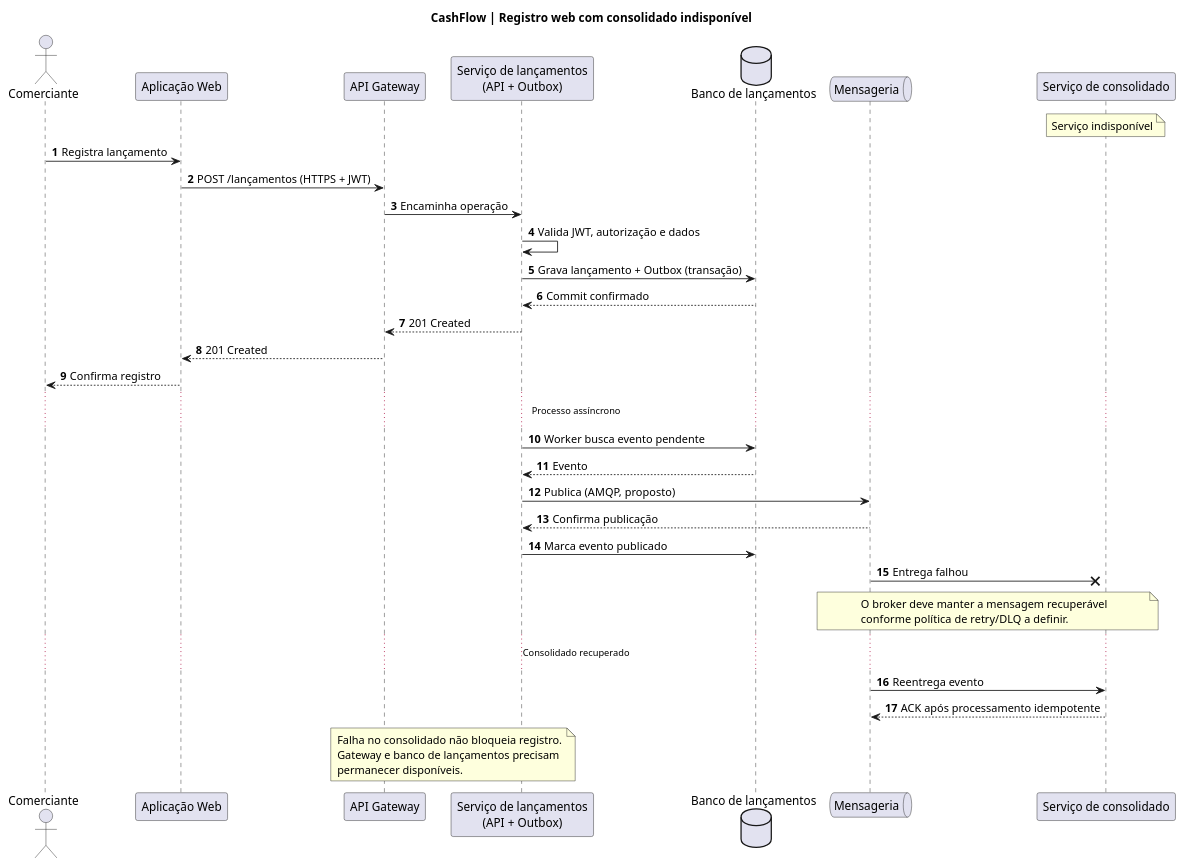
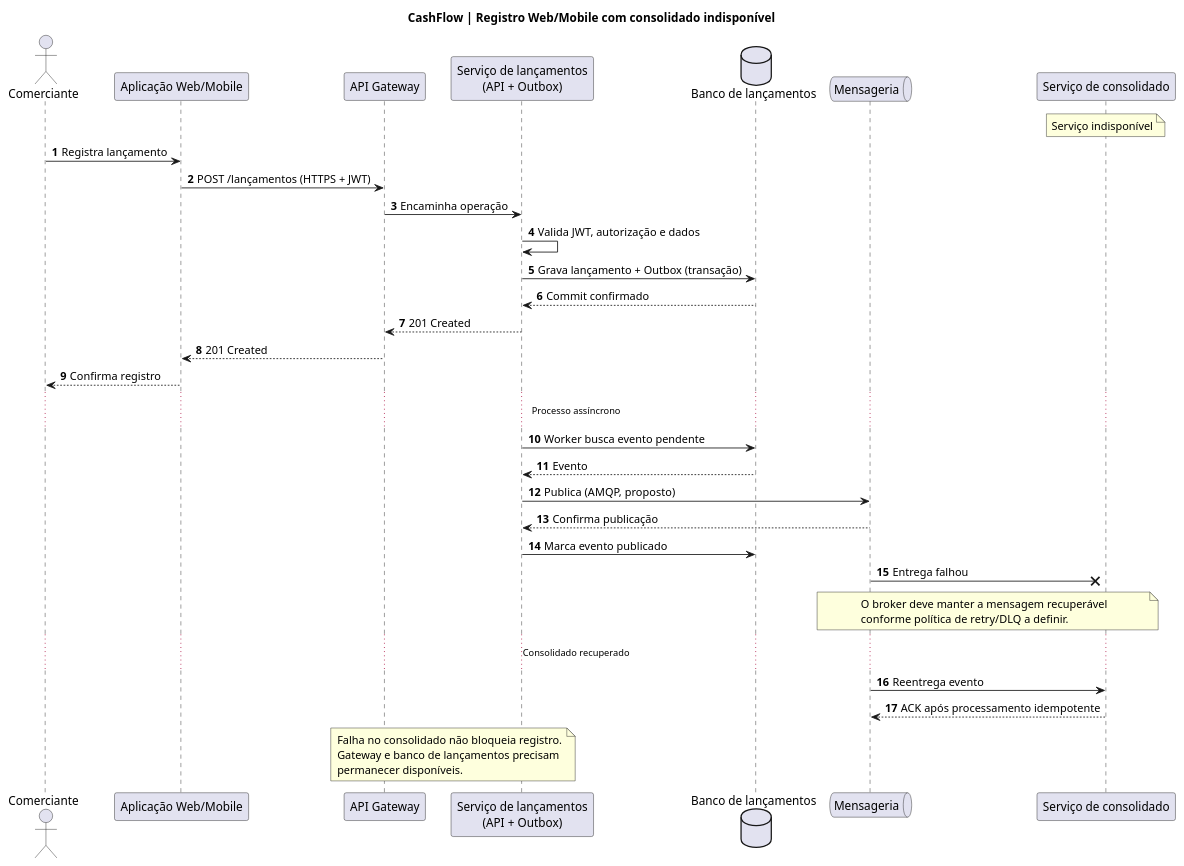
One commit to wolwerr/CashFlow-Architecture changed the diagram in docs/architecture/plantuml/sequence-failure.puml. Above: the diagram before and after it, drawn with PlantUML.

Commit message:
docs: label client channel as Web/Mobile in C4 and sequences (#6)

```diff
--- a/docs/architecture/plantuml/sequence-failure.puml
+++ b/docs/architecture/plantuml/sequence-failure.puml
@@ -1,40 +1,40 @@
 @startuml CashFlow_Consolidation_Failure
-title CashFlow | Registro web com consolidado indisponível
+title CashFlow | Registro Web/Mobile com consolidado indisponível
 autonumber
 actor Comerciante
-participant "Aplicação Web" as W
+participant "Aplicação Web/Mobile" as W
 participant "API Gateway" as G
 participant "Serviço de lançamentos\n(API + Outbox)" as L
 database "Banco de lançamentos" as BL
 queue "Mensageria" as M
 participant "Serviço de consolidado" as C
 note over C: Serviço indisponível
 Comerciante -> W: Registra lançamento
 W -> G: POST /lançamentos (HTTPS + JWT)
 G -> L: Encaminha operação
 L -> L: Valida JWT, autorização e dados
 L -> BL: Grava lançamento + Outbox (transação)
 BL --> L: Commit confirmado
 L --> G: 201 Created
 G --> W: 201 Created
 W --> Comerciante: Confirma registro
 ... Processo assíncrono ...
 L -> BL: Worker busca evento pendente
 BL --> L: Evento
 L -> M: Publica (AMQP, proposto)
 M --> L: Confirma publicação
 L -> BL: Marca evento publicado
 M ->x C: Entrega falhou
 note over M,C
 O broker deve manter a mensagem recuperável
 conforme política de retry/DLQ a definir.
 end note
 ... Consolidado recuperado ...
 M -> C: Reentrega evento
 C --> M: ACK após processamento idempotente
 note over G,L
 Falha no consolidado não bloqueia registro.
 Gateway e banco de lançamentos precisam
 permanecer disponíveis.
 end note
 @enduml
```
